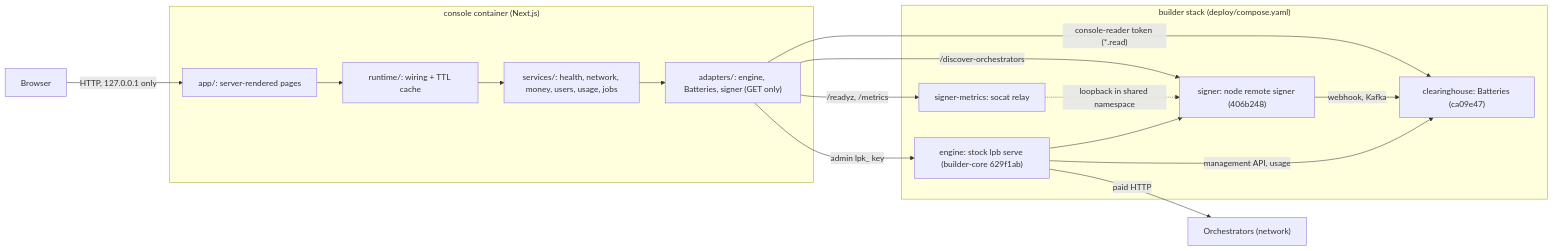
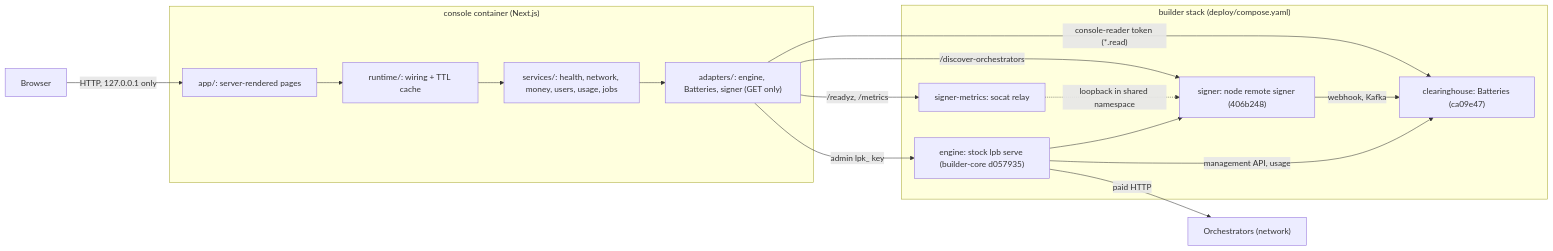
The first of 2 diagrams in ARCHITECTURE.md (NE-Build-Track/builder-core-console), drawn with Mermaid before and after one commit. The commit also changed 9 other files, not shown here.

First line of the commit message:
Pin the engine to builder-core d057935 (PR #48, ISS-08)

````diff
--- a/ARCHITECTURE.md
+++ b/ARCHITECTURE.md
@@ -9,25 +9,25 @@
 ```mermaid
 flowchart LR
     Browser["Browser"]
     subgraph Console["console container (Next.js)"]
         Pages["app/: server-rendered pages"]
         RT["runtime/: wiring + TTL cache"]
         SVC["services/: health, network, money, users, usage, jobs"]
         AD["adapters/: engine, Batteries, signer (GET only)"]
     end
     subgraph Stack["builder stack (deploy/compose.yaml)"]
-        Engine["engine: stock lpb serve (builder-core 629f1ab)"]
+        Engine["engine: stock lpb serve (builder-core d057935)"]
         Bat["clearinghouse: Batteries (ca09e47)"]
         Signer["signer: node remote signer (406b248)"]
         Relay["signer-metrics: socat relay"]
     end
     Orch["Orchestrators (network)"]
     Browser -->|"HTTP, 127.0.0.1 only"| Pages --> RT --> SVC --> AD
     AD -->|"admin lpk_ key"| Engine
     AD -->|"console-reader token (*.read)"| Bat
     AD -->|"/discover-orchestrators"| Signer
     AD -->|"/readyz, /metrics"| Relay -.->|"loopback in shared namespace"| Signer
     Engine --> Signer -->|"webhook, Kafka"| Bat
     Engine -->|"paid HTTP"| Orch
     Engine -->|"management API, usage"| Bat
 ```
````
